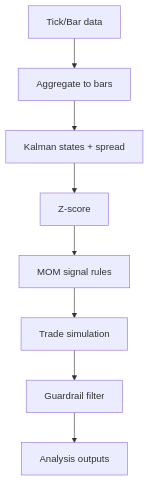
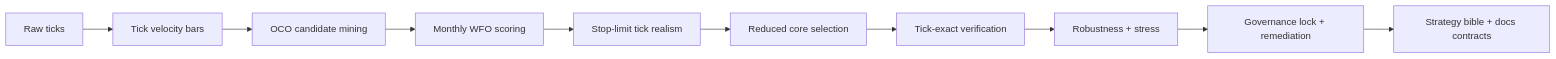
One commit to jbus84/behemoth changed the diagram in docs/data_pipeline.md. Above: the diagram before and after it, drawn with Mermaid. The commit also changed other lines of this file and 102 other files, not shown here.

Commit message:
docs: align strategy bible and governance contracts with reduced-core OCO stop-limit pipeline

````diff
--- a/docs/data_pipeline.md
+++ b/docs/data_pipeline.md
@@ -7,10 +5,12 @@
 ```mermaid
-flowchart TD
-  A[Tick/Bar data] --> B[Aggregate to bars]
-  B --> C[Kalman states + spread]
-  C --> D[Z-score]
-  D --> E[MOM signal rules]
-  E --> F[Trade simulation]
-  F --> G[Guardrail filter]
-  G --> H[Analysis outputs]
+flowchart LR
+  A[Raw ticks] --> B[Tick velocity bars]
+  B --> C[OCO candidate mining]
+  C --> D[Monthly WFO scoring]
+  D --> E[Stop-limit tick realism]
+  E --> F[Reduced core selection]
+  F --> G[Tick-exact verification]
+  G --> H[Robustness + stress]
+  H --> I[Governance lock + remediation]
+  I --> J[Strategy bible + docs contracts]
 ```
````
